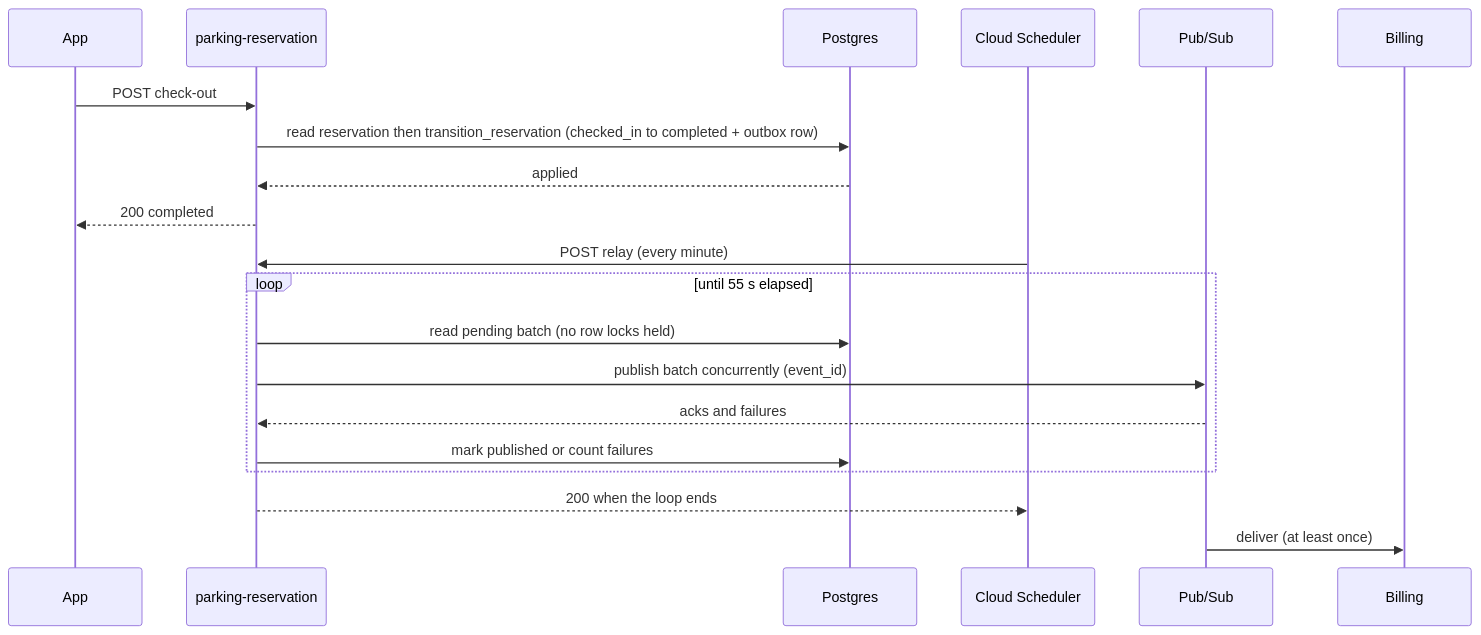
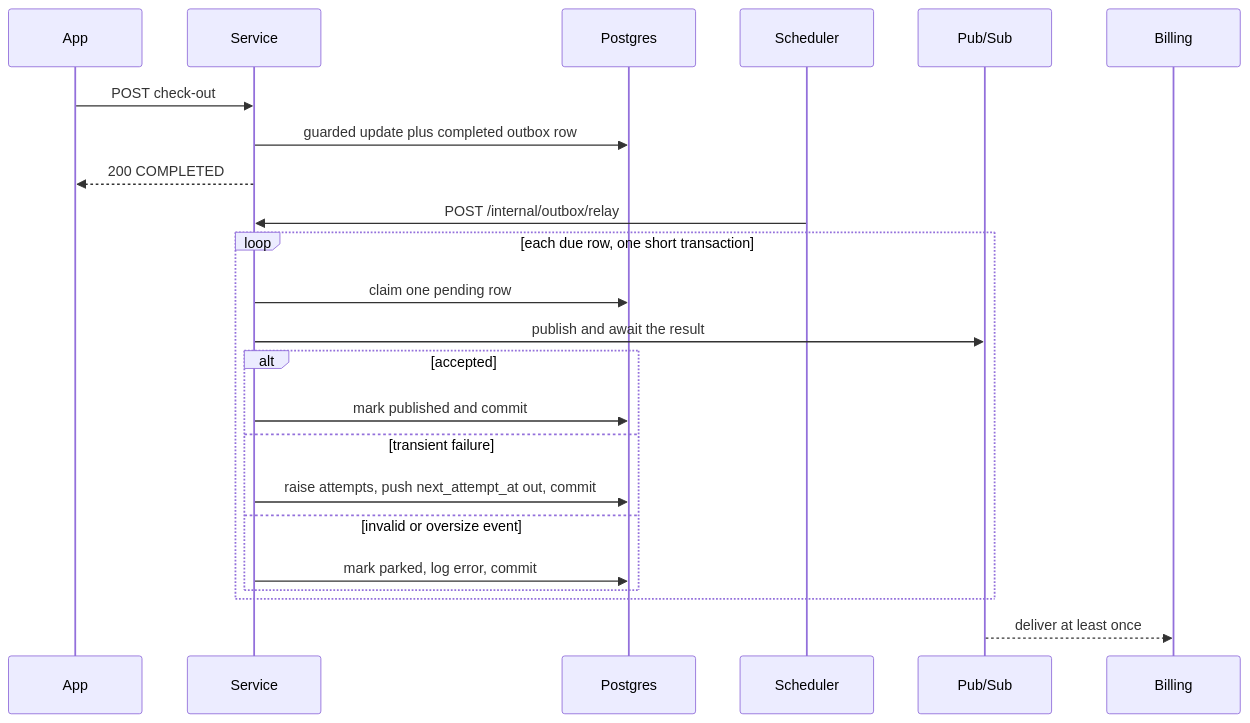
One commit to si1verwind17/backend-skills changed the fourth of 4 diagrams in demo/parking-reservation/docs/backend-design/architecture-design.md. Above: the diagram before and after it, drawn with Mermaid. The commit also changed other lines of this file and 229 other files, not shown here.

First line of the commit message:
Demo: rerun parking-reservation on 1.1.0 (auto until done); scenario 6 graded 8/8

````diff
--- a/demo/parking-reservation/docs/backend-design/architecture-design.md
+++ b/demo/parking-reservation/docs/backend-design/architecture-design.md
@@ -37,22 +51,25 @@
 ```mermaid
 sequenceDiagram
-    participant App
-    participant Svc as parking-reservation
-    participant DB as Postgres
-    participant Sch as Cloud Scheduler
-    participant PS as Pub/Sub
-    participant Bill as Billing
-    App->>Svc: POST check-out
-    Svc->>DB: read reservation then transition_reservation (checked_in to completed + outbox row)
-    DB-->>Svc: applied
-    Svc-->>App: 200 completed
-    Sch->>Svc: POST relay (every minute)
-    loop until 55 s elapsed
-        Svc->>DB: read pending batch (no row locks held)
-        Svc->>PS: publish batch concurrently (event_id)
-        PS-->>Svc: acks and failures
-        Svc->>DB: mark published or count failures
+    participant A as App
+    participant S as Service
+    participant D as Postgres
+    participant T as Scheduler
+    participant P as Pub/Sub
+    participant B as Billing
+    A->>S: POST check-out
+    S->>D: guarded update plus completed outbox row
+    S-->>A: 200 COMPLETED
+    T->>S: POST /internal/outbox/relay
+    loop each due row, one short transaction
+        S->>D: claim one pending row
+        S->>P: publish and await the result
+        alt accepted
+            S->>D: mark published and commit
+        else transient failure
+            S->>D: raise attempts, push next_attempt_at out, commit
+        else invalid or oversize event
+            S->>D: mark parked, log error, commit
+        end
     end
-    Svc-->>Sch: 200 when the loop ends
-    PS->>Bill: deliver (at least once)
+    P-->>B: deliver at least once
 ```
````
